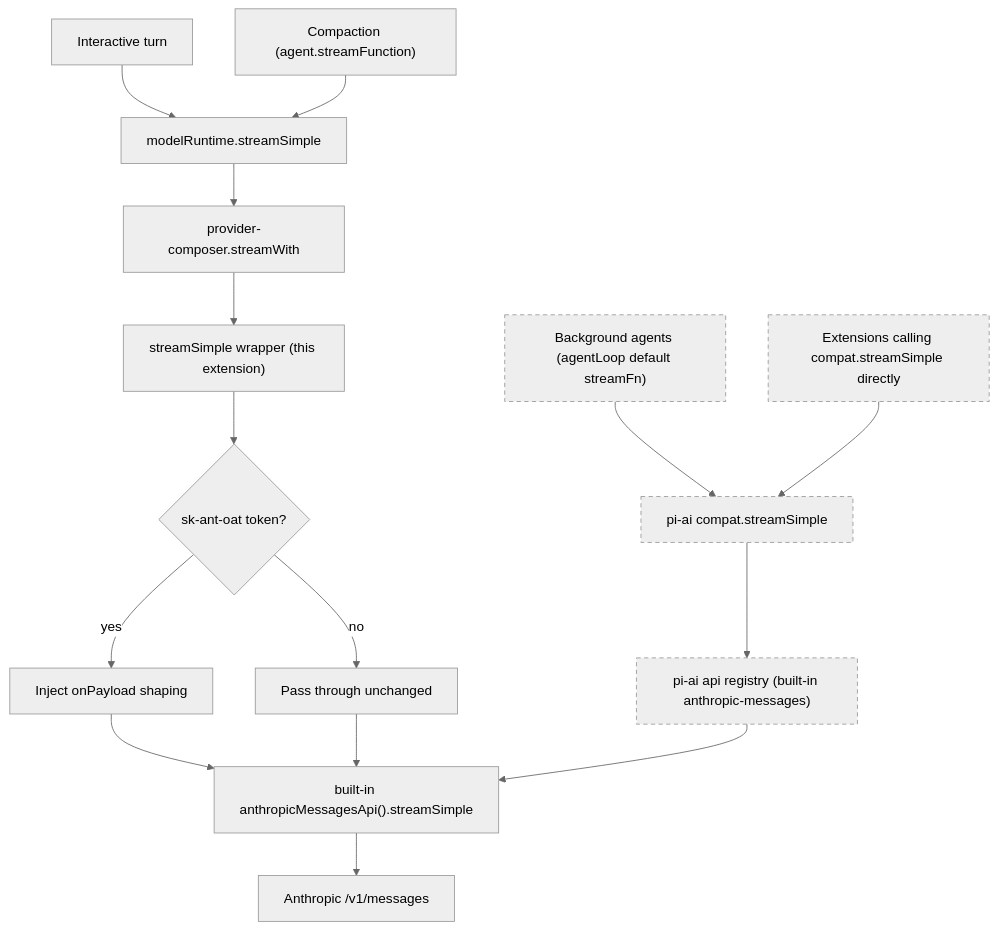
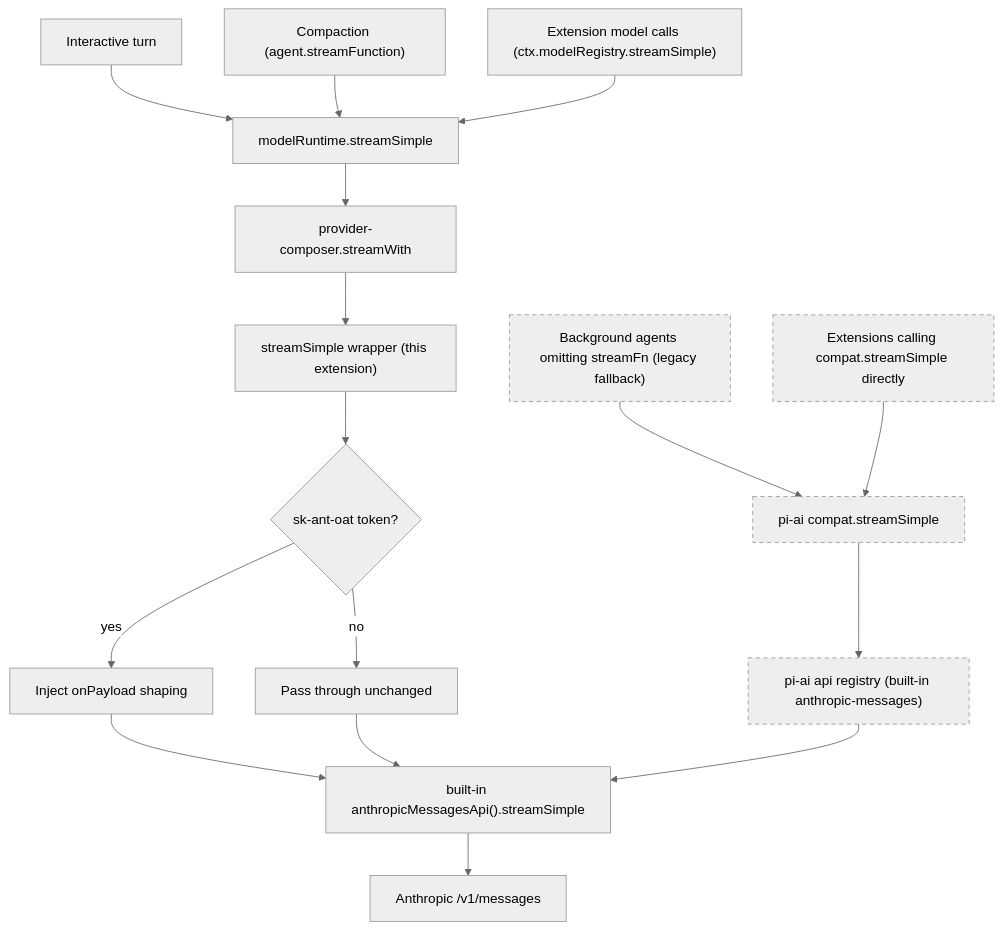
One commit to AizenvoltPrime/pi-anthropic-auth changed the diagram in docs/architecture.md. Above: the diagram before and after it, drawn with Mermaid (neutral theme). The commit also changed other lines of this file, not shown here.

Commit message:
docs: record the compat-dispatch re-examination for pi 0.81-0.87 (#53)

````diff
--- a/docs/architecture.md
+++ b/docs/architecture.md
@@ -45,21 +48,22 @@
 ```mermaid
 flowchart TD
     A["Interactive turn"] --> MR["modelRuntime.streamSimple"]
     B["Compaction (agent.streamFunction)"] --> MR
+    E["Extension model calls (ctx.modelRegistry.streamSimple)"] --> MR
     MR --> PC["provider-composer.streamWith"]
     PC --> W["streamSimple wrapper (this extension)"]
     W --> D{"sk-ant-oat token?"}
     D -->|"yes"| S["Inject onPayload shaping"]
     D -->|"no"| P["Pass through unchanged"]
     S --> G["built-in anthropicMessagesApi().streamSimple"]
     P --> G
     G --> AN["Anthropic /v1/messages"]
 
-    C["Background agents (agentLoop default streamFn)"] --> CD["pi-ai compat.streamSimple"]
+    C["Background agents omitting streamFn (legacy fallback)"] --> CD["pi-ai compat.streamSimple"]
     X["Extensions calling compat.streamSimple directly"] --> CD
     CD --> R["pi-ai api registry (built-in anthropic-messages)"]
     R --> G
 
     classDef gap stroke-dasharray: 5 4
     class C,X,CD,R gap
 ```
````
